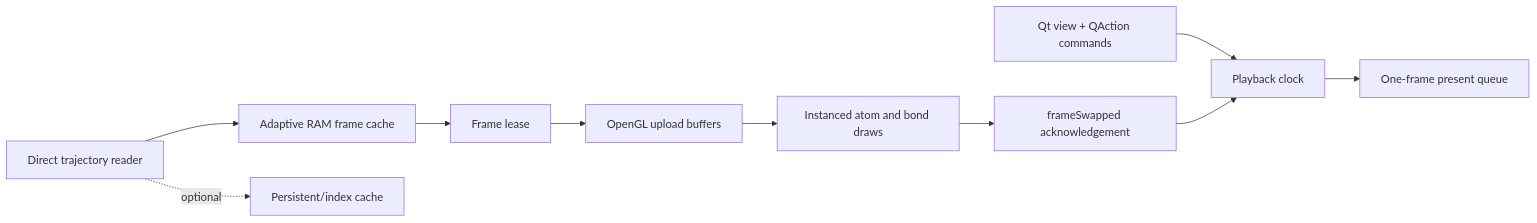
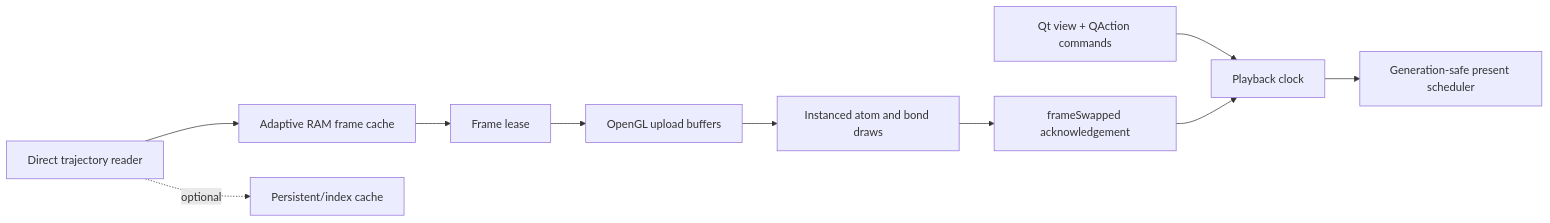
Before and after one commit to luosj1212/TrajPlayer: the diagram in README.md, drawn with Mermaid. The commit also changed other lines of this file and 33 other files, not shown here.

````diff
--- a/README.md
+++ b/README.md
@@ -221,12 +221,12 @@
 ```mermaid
 flowchart LR
     UI["Qt view + QAction commands"] --> P["Playback clock"]
-    P --> Q["One-frame present queue"]
+    P --> Q["Generation-safe present scheduler"]
     D["Direct trajectory reader"] --> S["Adaptive RAM frame cache"]
     D -. optional .-> C["Persistent/index cache"]
     S --> L["Frame lease"]
     L --> G["OpenGL upload buffers"]
     G --> R["Instanced atom and bond draws"]
     R --> A["frameSwapped acknowledgement"]
     A --> P
 ```
````
